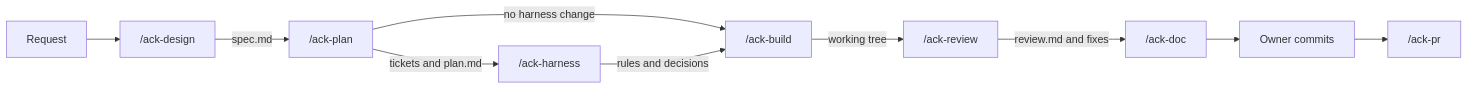
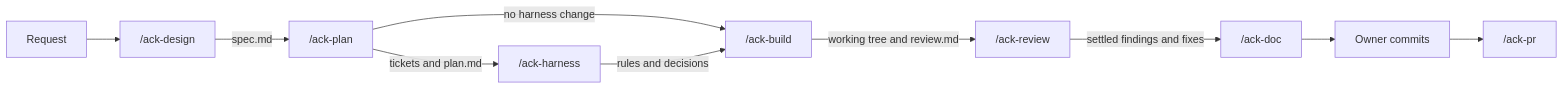
One commit to andrechristikan/ack-nestjs-boilerplate changed the diagram in docs/ai-harness.md. Above: the diagram before and after it, drawn with Mermaid. The commit also changed other lines of this file and 30 other files, not shown here.

````diff
--- a/docs/ai-harness.md
+++ b/docs/ai-harness.md
@@ -45,12 +45,12 @@
 ```mermaid
 flowchart LR
     R[Request] --> D["/ack-design"]
     D -->|spec.md| P["/ack-plan"]
     P -->|tickets and plan.md| H["/ack-harness"]
     P -->|no harness change| B["/ack-build"]
     H -->|rules and decisions| B
-    B -->|working tree| V["/ack-review"]
-    V -->|review.md and fixes| DOC["/ack-doc"]
+    B -->|working tree and review.md| V["/ack-review"]
+    V -->|settled findings and fixes| DOC["/ack-doc"]
     DOC --> C[Owner commits]
     C --> PR["/ack-pr"]
 ```
````
